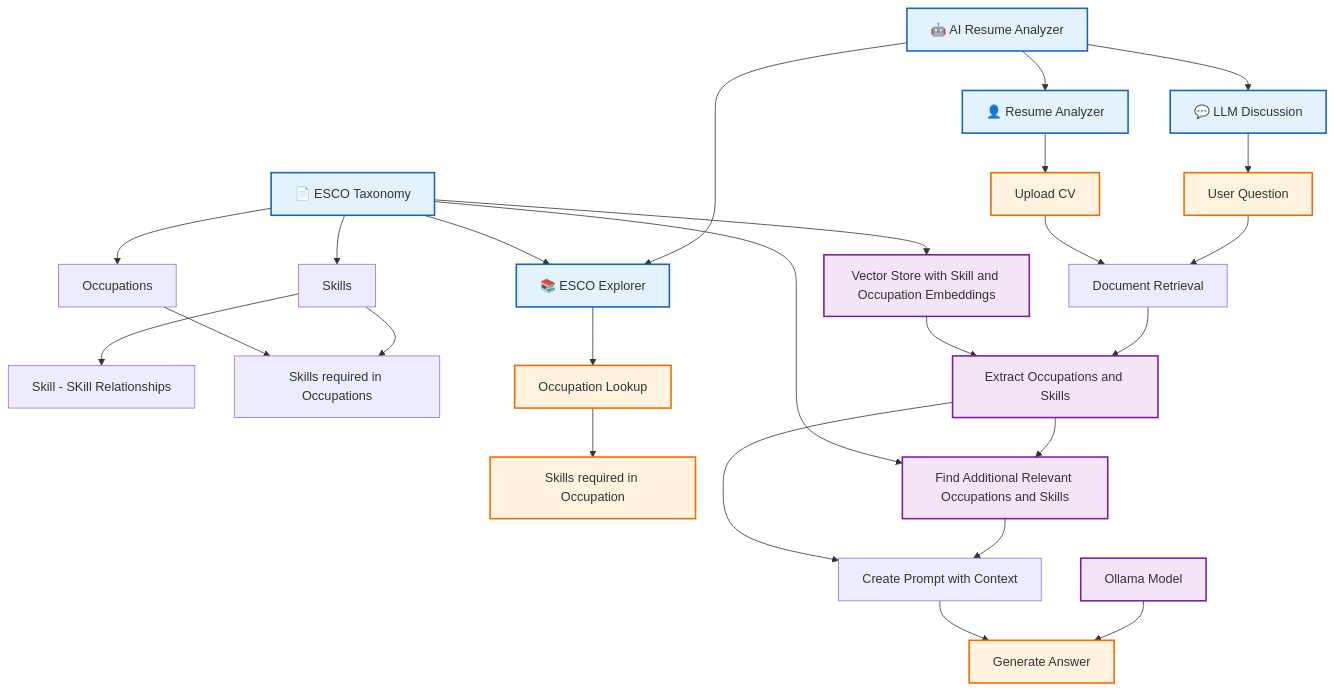
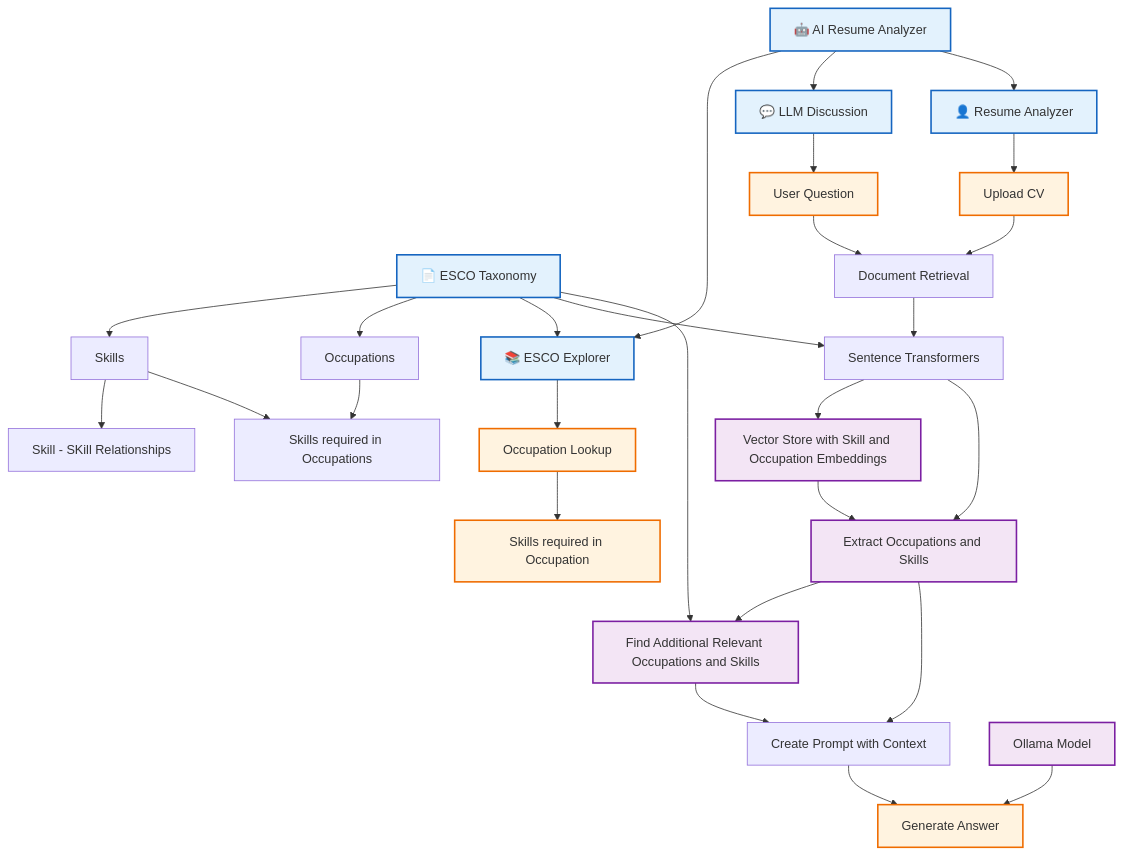
The diagram in README.md (koncharman/resume_analyzer), drawn with Mermaid before and after one commit.

````diff
--- a/README.md
+++ b/README.md
@@ -10,48 +10,51 @@
 ```mermaid
 flowchart TD
     ES["📄 ESCO Taxonomy"]
     ES --> ESS["Skills"]
     ES --> ESO["Occupations"]
     ESS --> ESSS["Skill - SKill Relationships"]
     ESS --> ESSO["Skills required in Occupations"]
     ESO --> ESSO
 
     A["🤖 AI Resume Analyzer"]
     
     A --> B["📚 ESCO Explorer"]
     A --> C["💬 LLM Discussion"]
     A --> D["👤 Resume Analyzer"]
 
     ES --> B
     B --> E["Occupation Lookup"]
     E --> F["Skills required in Occupation"]
 
-    ES --> VEC["Vector Store with Skill and Occupation Embeddings"]
+    ES --> ST["Sentence Transformers"]
+    ST --> VEC["Vector Store with Skill and Occupation Embeddings"]
 
     C --> H["User Question"]
 
     D --> I["Upload CV"]
 
     H --> J["Document Retrieval"]
     I --> J
 
-    J --> RAG["Extract Occupations and Skills"]
+    J --> ST
+    
+    ST --> RAG["Extract Occupations and Skills"]
     VEC --> RAG
 
     RAG --> DS["Find Additional Relevant Occupations and Skills"]
     ES --> DS
 
     DS --> CX["Create Prompt with Context"]
     RAG --> CX
 
     OLL["Ollama Model"] --> AN["Generate Answer"]
     CX --> AN
     
     classDef app fill:#e3f2fd,stroke:#1565c0,stroke-width:2px;
     classDef llmrag fill:#f3e5f5,stroke:#7b1fa2,stroke-width:2px;
     classDef io fill:#fff3e0,stroke:#ef6c00,stroke-width:2px;
 
     class ES,A,B,C,D app;
     class VEC,RAG,DS,OLL llmrag;
     class E,F,H,I,AN io;
 ```
````
